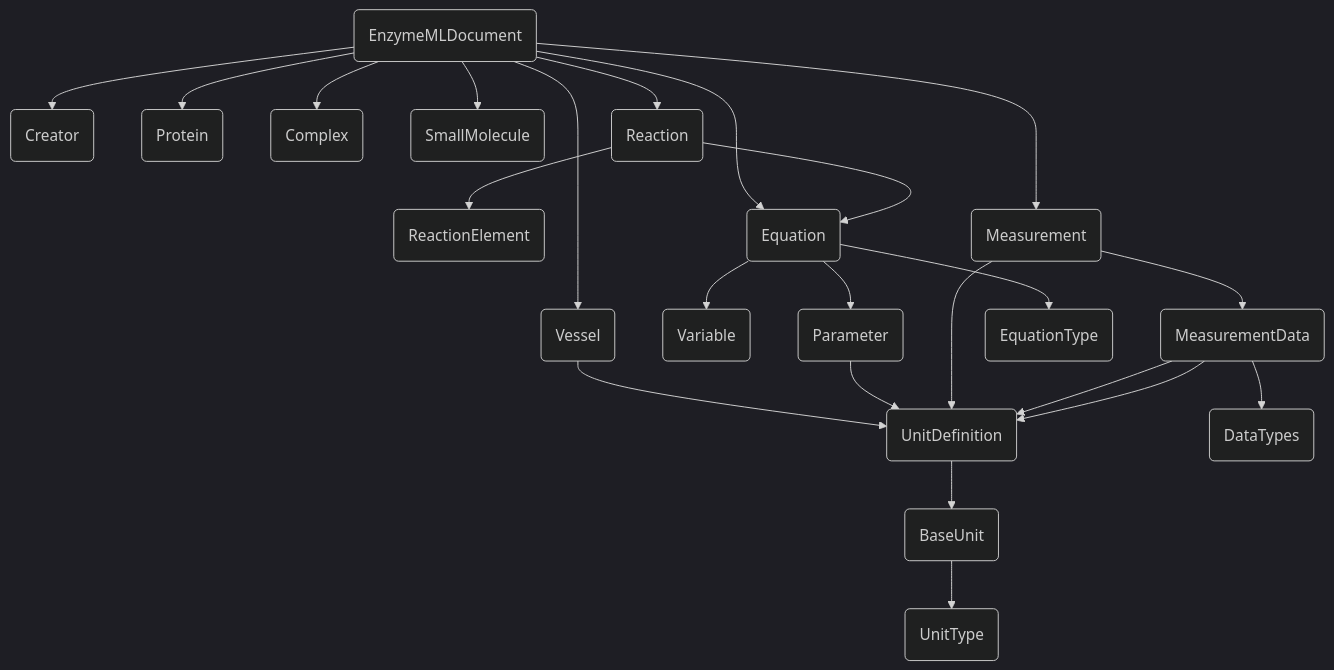
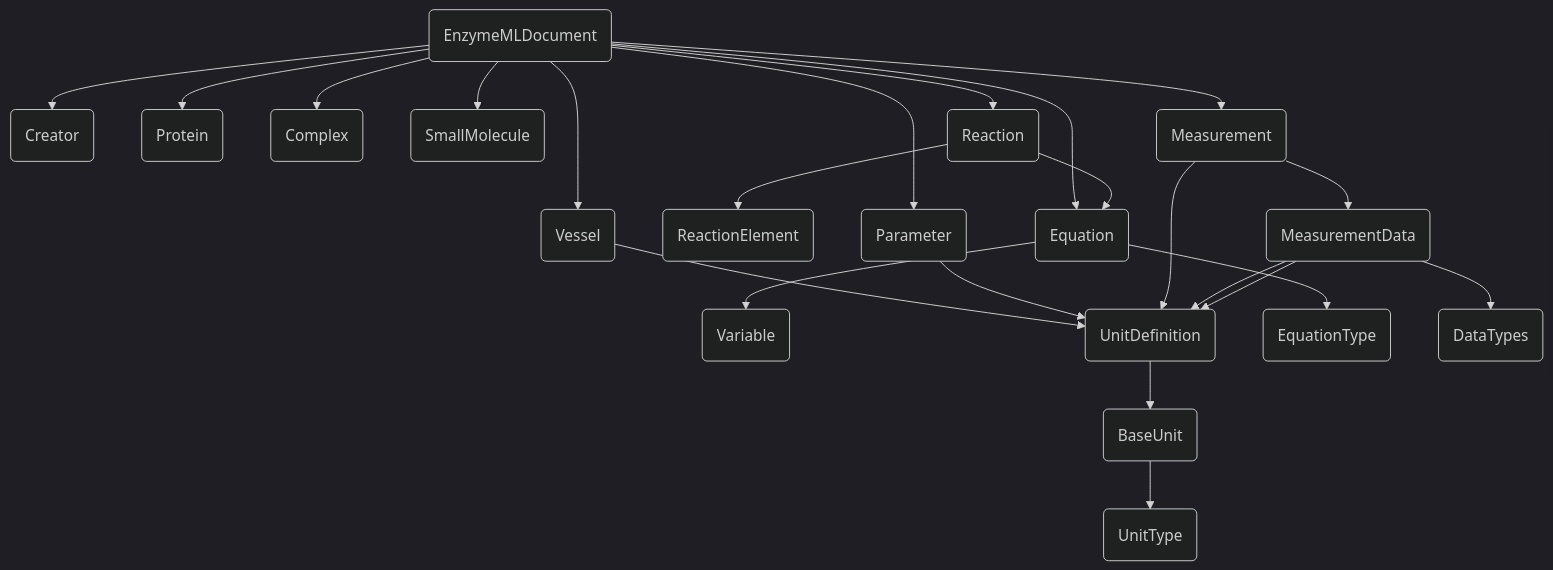
Before and after one commit to EnzymeML/enzymeml-specifications: the diagram in docs/model.md, drawn with Mermaid (dark theme). The commit also changed 6 other files, not shown here.

````diff
--- a/docs/model.md
+++ b/docs/model.md
@@ -11,62 +11,62 @@
     ``` mermaid
     flowchart TB
         enzymemldocument(EnzymeMLDocument)
         creator(Creator)
         vessel(Vessel)
         protein(Protein)
         complex(Complex)
         smallmolecule(SmallMolecule)
         reaction(Reaction)
         reactionelement(ReactionElement)
         equation(Equation)
         variable(Variable)
         parameter(Parameter)
         measurement(Measurement)
         measurementdata(MeasurementData)
         unitdefinition(UnitDefinition)
         baseunit(BaseUnit)
         equationtype(EquationType)
         datatypes(DataTypes)
         unittype(UnitType)
         enzymemldocument(EnzymeMLDocument) --> creator(Creator)
         enzymemldocument(EnzymeMLDocument) --> vessel(Vessel)
         enzymemldocument(EnzymeMLDocument) --> protein(Protein)
         enzymemldocument(EnzymeMLDocument) --> complex(Complex)
         enzymemldocument(EnzymeMLDocument) --> smallmolecule(SmallMolecule)
         enzymemldocument(EnzymeMLDocument) --> reaction(Reaction)
         enzymemldocument(EnzymeMLDocument) --> measurement(Measurement)
         enzymemldocument(EnzymeMLDocument) --> equation(Equation)
+        enzymemldocument(EnzymeMLDocument) --> parameter(Parameter)
         vessel(Vessel) --> unitdefinition(UnitDefinition)
         reaction(Reaction) --> equation(Equation)
         reaction(Reaction) --> reactionelement(ReactionElement)
         equation(Equation) --> equationtype(EquationType)
         equation(Equation) --> variable(Variable)
-        equation(Equation) --> parameter(Parameter)
         parameter(Parameter) --> unitdefinition(UnitDefinition)
         measurement(Measurement) --> measurementdata(MeasurementData)
         measurement(Measurement) --> unitdefinition(UnitDefinition)
         measurementdata(MeasurementData) --> unitdefinition(UnitDefinition)
         measurementdata(MeasurementData) --> unitdefinition(UnitDefinition)
         measurementdata(MeasurementData) --> datatypes(DataTypes)
         unitdefinition(UnitDefinition) --> baseunit(BaseUnit)
         baseunit(BaseUnit) --> unittype(UnitType)
 
         click enzymemldocument "#enzymemldocument" "Go to EnzymeMLDocument"
         click creator "#creator" "Go to Creator"
         click vessel "#vessel" "Go to Vessel"
         click protein "#protein" "Go to Protein"
         click complex "#complex" "Go to Complex"
         click smallmolecule "#smallmolecule" "Go to SmallMolecule"
         click reaction "#reaction" "Go to Reaction"
         click reactionelement "#reactionelement" "Go to ReactionElement"
         click equation "#equation" "Go to Equation"
         click variable "#variable" "Go to Variable"
         click parameter "#parameter" "Go to Parameter"
         click measurement "#measurement" "Go to Measurement"
         click measurementdata "#measurementdata" "Go to MeasurementData"
         click unitdefinition "#unitdefinition" "Go to UnitDefinition"
         click baseunit "#baseunit" "Go to BaseUnit"
         click equationtype "#equationtype" "Go to EquationType"
         click datatypes "#datatypes" "Go to DataTypes"
         click unittype "#unittype" "Go to UnitType"
     ```
````
